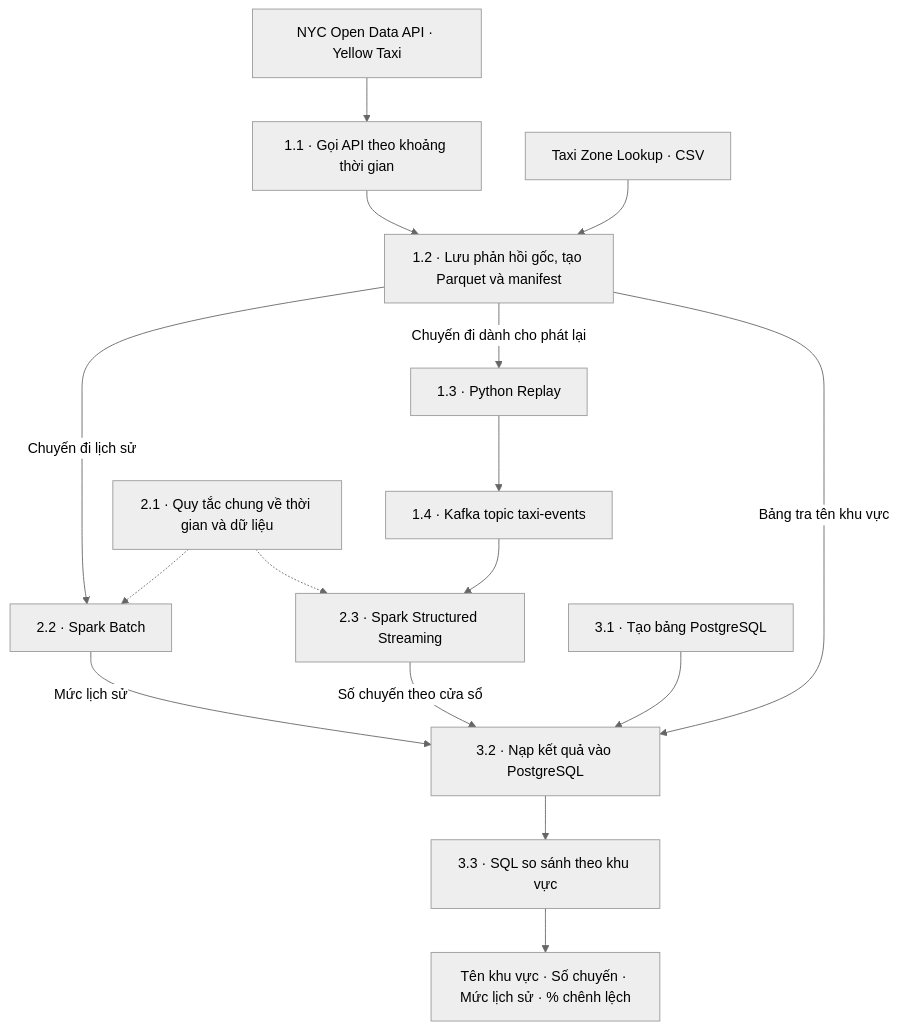
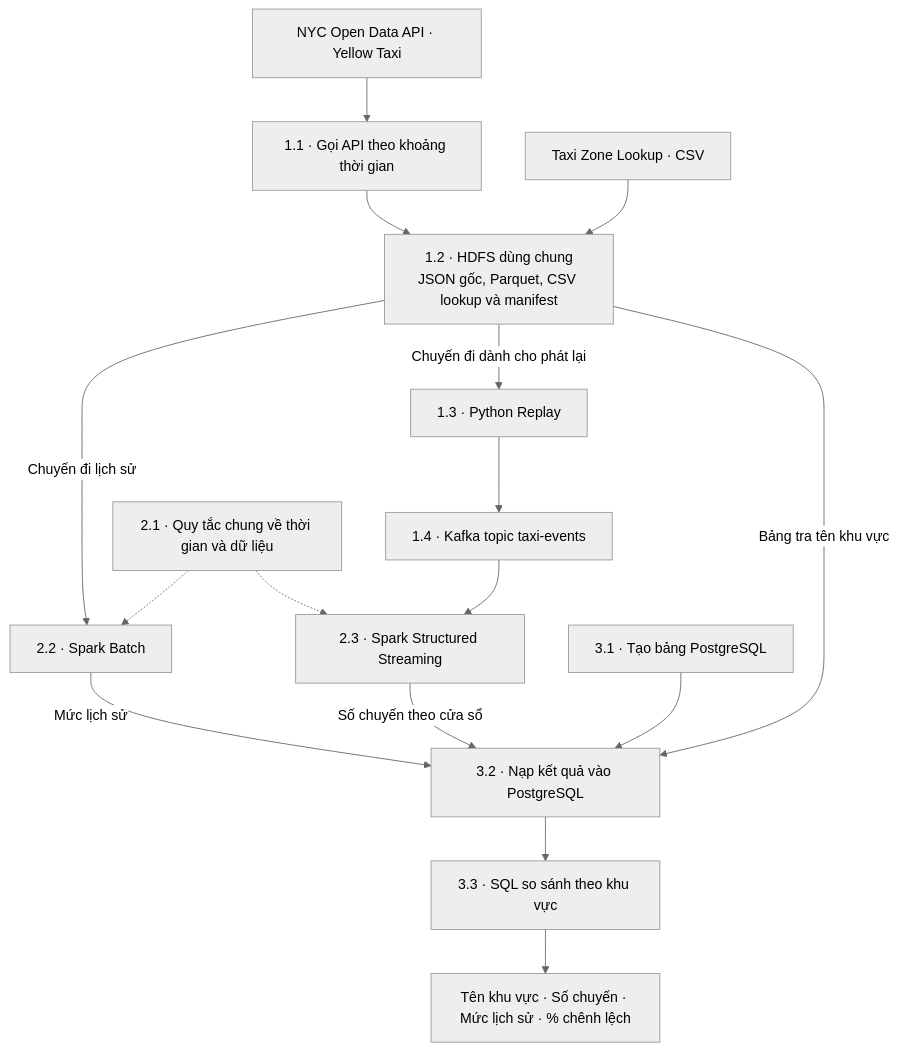
The diagram in docs/guide/giao-viec-demo-taxi.md (tnbminh020506/nyc-taxi-pipeline), drawn with Mermaid (neutral theme) before and after one commit. The commit also changed other lines of this file and 1 other file, not shown here.

Commit message:
Store raw parquet to distributed HDFS

````diff
--- a/docs/guide/giao-viec-demo-taxi.md
+++ b/docs/guide/giao-viec-demo-taxi.md
@@ -13,21 +13,21 @@
 ```mermaid
 flowchart TD
     TLC["NYC Open Data API · Yellow Taxi"]
     TLC --> SOURCE["1.1 · Gọi API theo khoảng thời gian"]
-    SOURCE --> RAW["1.2 · Lưu phản hồi gốc, tạo Parquet và manifest"]
+    SOURCE --> RAW["1.2 · HDFS dùng chung<br/>JSON gốc, Parquet, CSV lookup và manifest"]
 
     RAW -->|"Chuyến đi lịch sử"| BATCH["2.2 · Spark Batch"]
     RAW -->|"Chuyến đi dành cho phát lại"| REPLAY["1.3 · Python Replay"]
     REPLAY --> KAFKA["1.4 · Kafka topic taxi-events"]
     KAFKA --> STREAM["2.3 · Spark Structured Streaming"]
     RULES["2.1 · Quy tắc chung về thời gian và dữ liệu"] -.-> BATCH
     RULES -.-> STREAM
 
     SCHEMA["3.1 · Tạo bảng PostgreSQL"] --> LOAD["3.2 · Nạp kết quả vào PostgreSQL"]
     LOOKUP["Taxi Zone Lookup · CSV"] --> RAW
     RAW -->|"Bảng tra tên khu vực"| LOAD
     BATCH -->|"Mức lịch sử"| LOAD
     STREAM -->|"Số chuyến theo cửa sổ"| LOAD
     LOAD --> SQL["3.3 · SQL so sánh theo khu vực"]
     SQL --> RESULT["Tên khu vực · Số chuyến · Mức lịch sử · % chênh lệch"]
 ```
````
